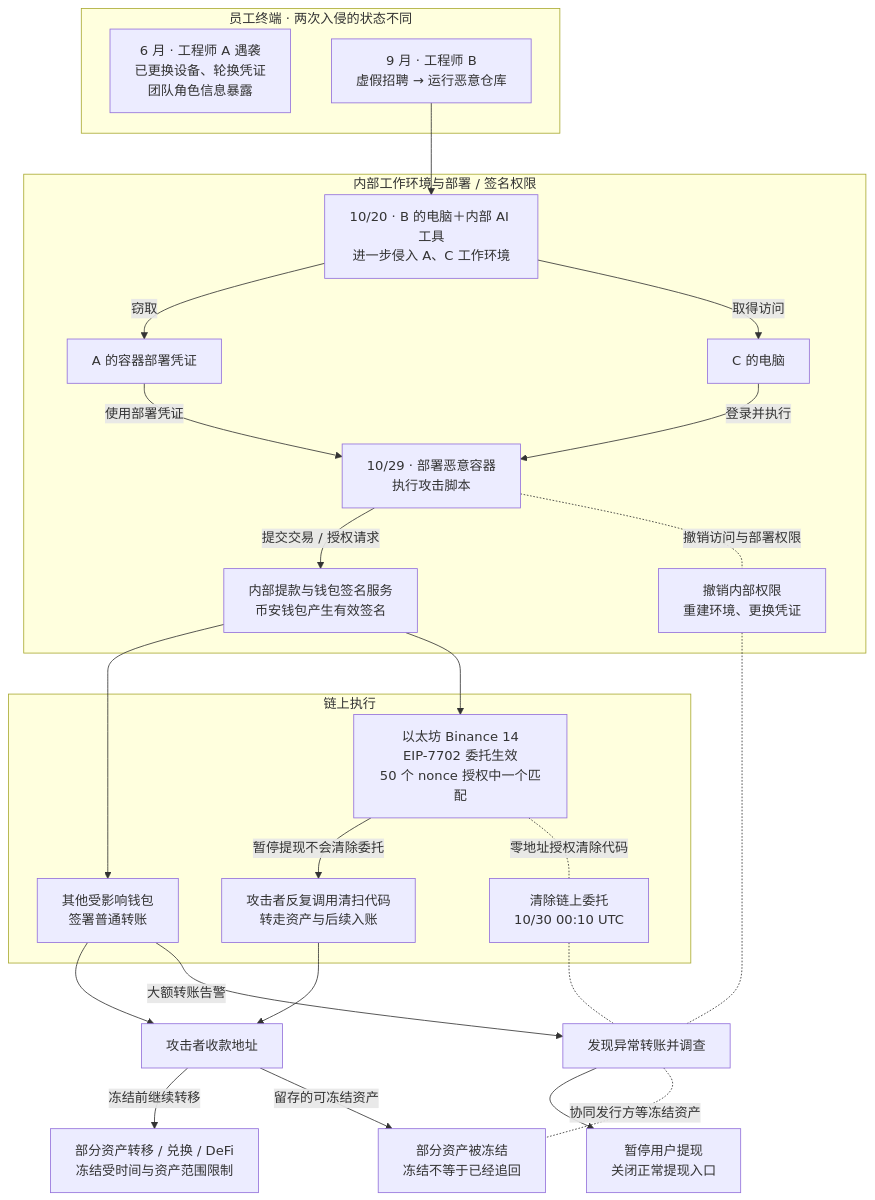
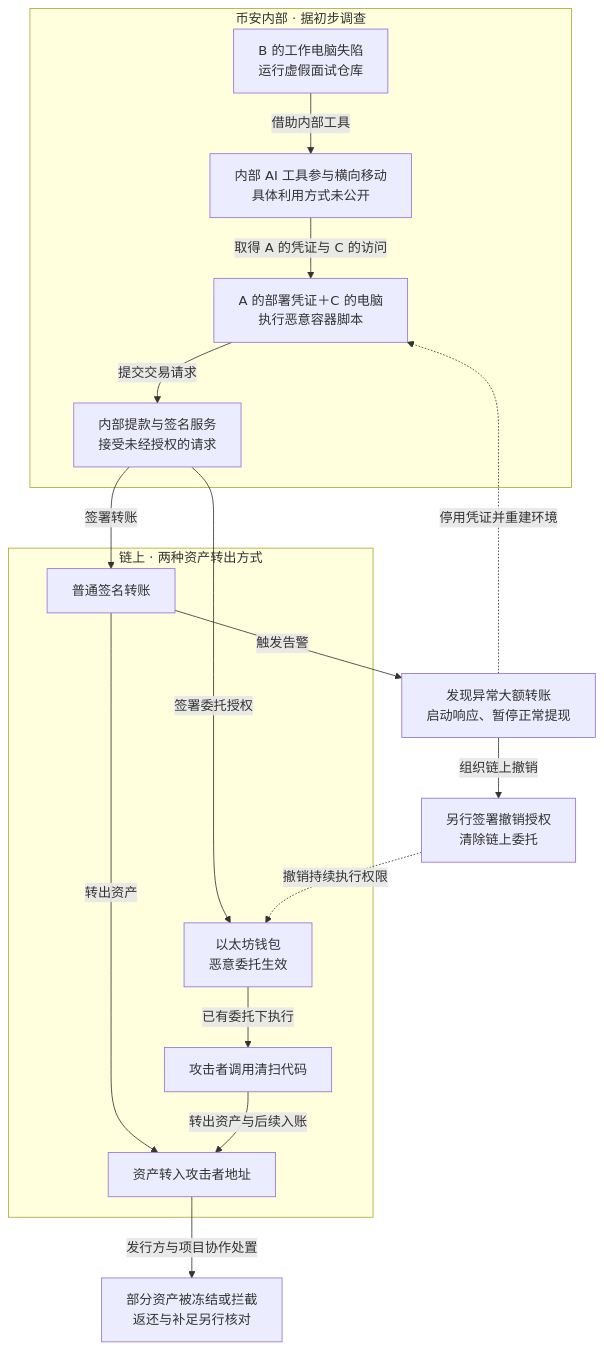
Before and after one commit to FeeiCN/FEEI.CN: the first of 2 diagrams in docs/01-网络安全/01-网络空间安全/01-安全威胁/01-历史攻击事件/2026-币安热钱包63亿美金被盗安全事件分析.md, drawn with Mermaid. The commit also changed other lines of this file and 3 other files, not shown here.

````diff
--- a/docs/01-网络安全/01-网络空间安全/01-安全威胁/01-历史攻击事件/2026-币安热钱包63亿美金被盗安全事件分析.md
+++ b/docs/01-网络安全/01-网络空间安全/01-安全威胁/01-历史攻击事件/2026-币安热钱包63亿美金被盗安全事件分析.md
@@ -32,51 +63,35 @@
 ```mermaid
 flowchart TB
-  accTitle: 币安热钱包事件：内部权限汇合、两种链上执行路径与应急止损
-  accDescr: 工程师 A 在 6 月遇袭后已更换设备、轮换凭证。9 月工程师 B 经虚假招聘被入侵，攻击者随后利用 B 的电脑和内部 AI 工具侵入 A、C 工作环境。攻击者在 C 的电脑上使用 A 的部署凭证运行恶意容器，滥用提款与签名服务。普通签名转账与 EIP-7702 持续委托形成两条资产流出路径，后者在暂停提现后仍可被调用。处置分别处理内部权限、提现入口、链上委托与收款资产。内部 AI 工具具体利用方式尚未公开，未发现私钥泄露证据。
-  subgraph terminals["员工终端 · 两次入侵的状态不同"]
-    june["6 月 · 工程师 A 遇袭<br/>已更换设备、轮换凭证<br/>团队角色信息暴露"]
-    b["9 月 · 工程师 B<br/>虚假招聘 → 运行恶意仓库"]
+  accTitle: 币安热钱包事件：内部权限如何通向资产转出
+  accDescr: 据币安初报，工程师 B 的工作电脑经虚假面试仓库失陷，攻击者借内部 AI 工具取得 A 的部署凭证和 C 的电脑访问，再部署恶意容器并滥用提款与签名服务。链上分为普通转账和以太坊持续委托两条路径。异常转账触发响应；停用内部访问、清除链上委托与冻结资产作用于不同对象。AI 工具具体利用方式及内部校验细节未公开。
+  subgraph internal["币安内部 · 据初步调查"]
+    b["B 的工作电脑失陷<br/>运行虚假面试仓库"]
+    ai["内部 AI 工具参与横向移动<br/>具体利用方式未公开"]
+    deploy["A 的部署凭证＋C 的电脑<br/>执行恶意容器脚本"]
+    signer["内部提款与签名服务<br/>接受未经授权的请求"]
+    b -->|借助内部工具| ai
+    ai -->|取得 A 的凭证与 C 的访问| deploy
+    deploy -->|提交交易请求| signer
   end
-  subgraph internal["内部工作环境与部署 / 签名权限"]
-    ai["10/20 · B 的电脑＋内部 AI 工具<br/>进一步侵入 A、C 工作环境"]
-    token["A 的容器部署凭证"]
-    computer["C 的电脑"]
-    deploy["10/29 · 部署恶意容器<br/>执行攻击脚本"]
-    signer["内部提款与钱包签名服务<br/>币安钱包产生有效签名"]
-    revoke["撤销内部权限<br/>重建环境、更换凭证"]
-    ai -->|窃取| token
-    ai -->|取得访问| computer
-    token -->|使用部署凭证| deploy
-    computer -->|登录并执行| deploy
-    deploy -->|提交交易 / 授权请求| signer
+  subgraph chain["链上 · 两种资产转出方式"]
+    transfer["普通签名转账"]
+    delegation["以太坊钱包<br/>恶意委托生效"]
+    sweep["攻击者调用清扫代码"]
+    assets["资产转入攻击者地址"]
+    transfer -->|转出资产| assets
+    delegation -->|已有委托下执行| sweep
+    sweep -->|转出资产与后续入账| assets
   end
-  subgraph chain["链上执行"]
-    transfers["其他受影响钱包<br/>签署普通转账"]
-    delegation["以太坊 Binance 14<br/>EIP-7702 委托生效<br/>50 个 nonce 授权中一个匹配"]
-    sweeper["攻击者反复调用清扫代码<br/>转走资产与后续入账"]
-    clear["清除链上委托<br/>10/30 00:10 UTC"]
-    delegation -->|暂停提现不会清除委托| sweeper
-  end
-  receiver["攻击者收款地址"]
-  escaped["部分资产转移 / 兑换 / DeFi<br/>冻结受时间与资产范围限制"]
-  frozen["部分资产被冻结<br/>冻结不等于已经追回"]
-  transfers --> receiver
-  sweeper --> receiver
-  receiver -->|冻结前继续转移| escaped
-  receiver -->|留存的可冻结资产| frozen
-  alert["发现异常转账并调查"]
-  pause["暂停用户提现<br/>关闭正常提现入口"]
-  revoke -.- alert
-  alert --> pause
-  clear -.- alert
-  b --> ai
-  signer --> transfers
-  signer --> delegation
-  transfers -->|大额转账告警| alert
-  deploy -.-|撤销访问与部署权限| revoke
-  delegation -.-|零地址授权清除代码| clear
-  alert -.-|协同发行方等冻结资产| frozen
-  class b,ai,token,computer,deploy,signer,delegation,sweeper main
-  class june note
-  class alert,revoke,pause,clear,frozen response
+  signer -->|签署转账| transfer
+  signer -->|签署委托授权| delegation
+  alert["发现异常大额转账<br/>启动响应、暂停正常提现"]
+  clear["另行签署撤销授权<br/>清除链上委托"]
+  frozen["部分资产被冻结或拦截<br/>返还与补足另行核对"]
+  transfer -->|触发告警| alert
+  alert -. 停用凭证并重建环境 .-> deploy
+  alert -->|组织链上撤销| clear
+  clear -. 撤销持续执行权限 .-> delegation
+  assets -->|发行方与项目协作处置| frozen
+  class b,ai,deploy,signer,delegation,sweep main
+  class alert,clear,frozen response
 ```
````
